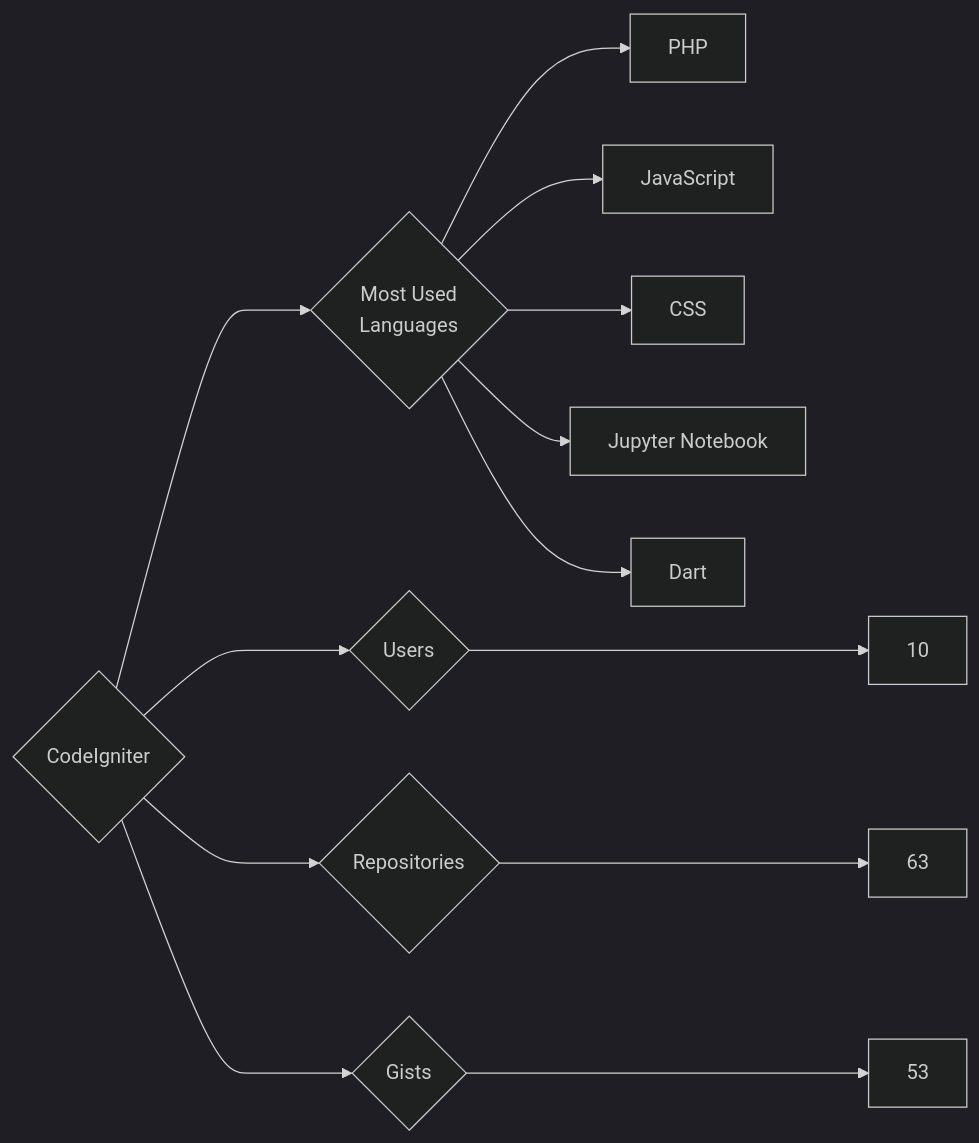
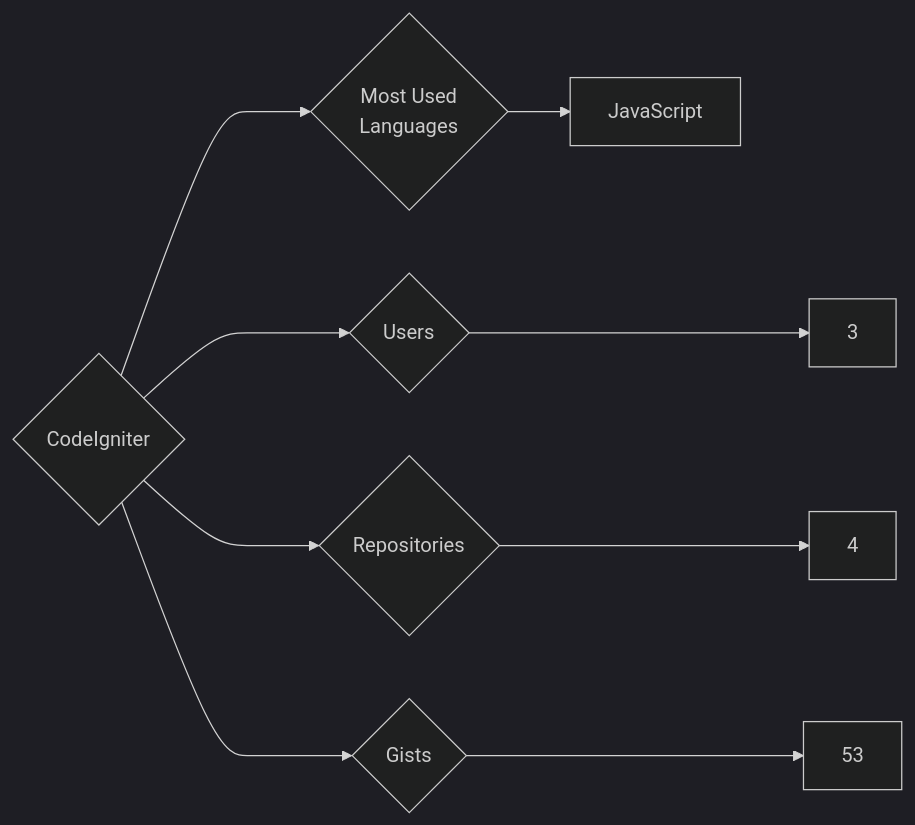
The diagram in targets/CodeIgniter/README.md (trickest/insiders), drawn with Mermaid (dark theme) before and after one commit. The commit also changed 993 other files, not shown here.

````diff
--- a/targets/CodeIgniter/README.md
+++ b/targets/CodeIgniter/README.md
@@ -3,13 +3,9 @@
 ```mermaid
 graph LR
 COMPANY_NAME{CodeIgniter}
-COMPANY_NAME ---> U{Users} ---> UN[10]
-COMPANY_NAME ---> R{Repositories} ---> RN[63]
+COMPANY_NAME ---> U{Users} ---> UN[3]
+COMPANY_NAME ---> R{Repositories} ---> RN[4]
 COMPANY_NAME ---> G{Gists} ---> GN[53]
 COMPANY_NAME ---> ML{Most Used<br>Languages}
-ML --> PHP[PHP]
 ML --> JavaScript[JavaScript]
-ML --> CSS[CSS]
-ML --> Jupyter_Notebook[Jupyter Notebook]
-ML --> Dart[Dart]
 ```
````
